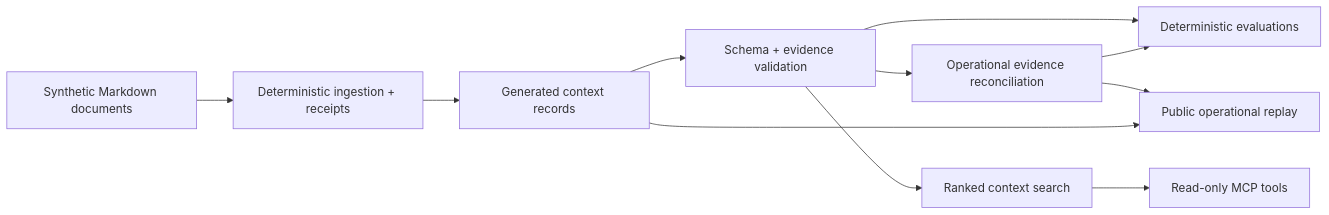
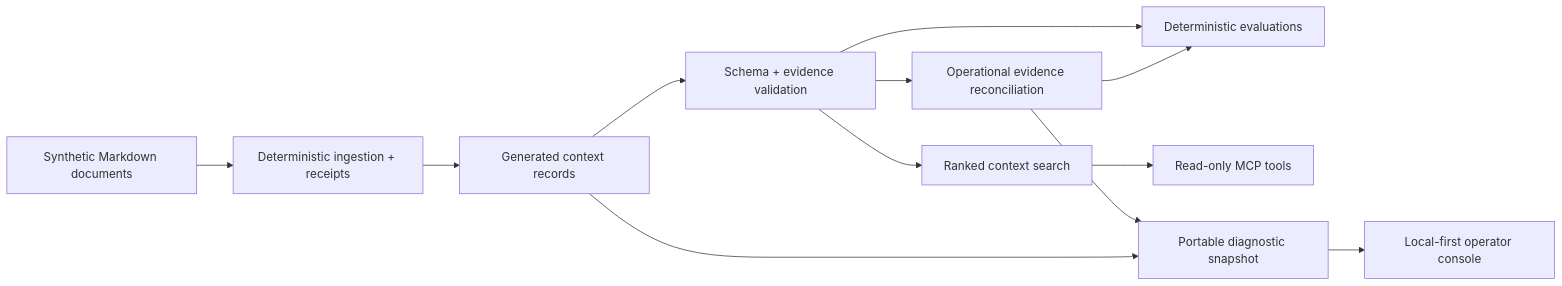
The diagram in README.md (Kaagemusha/context-layer-lab), drawn with Mermaid before and after one commit. The commit also changed other lines of this file and 11 other files, not shown here.

Commit message:
Turn the lab into a local-first diagnostic

````diff
--- a/README.md
+++ b/README.md
@@ -115,13 +141,14 @@
 ```mermaid
 flowchart LR
     MD["Synthetic Markdown documents"] --> I["Deterministic ingestion + receipts"]
     I --> D["Generated context records"]
     D --> V["Schema + evidence validation"]
     V --> R["Operational evidence reconciliation"]
     V --> S["Ranked context search"]
     V --> E["Deterministic evaluations"]
     R --> E
     S --> MCP["Read-only MCP tools"]
-    R --> W["Public operational replay"]
-    D --> W
+    R --> P["Portable diagnostic snapshot"]
+    D --> P
+    P --> W["Local-first operator console"]
 ```
````
